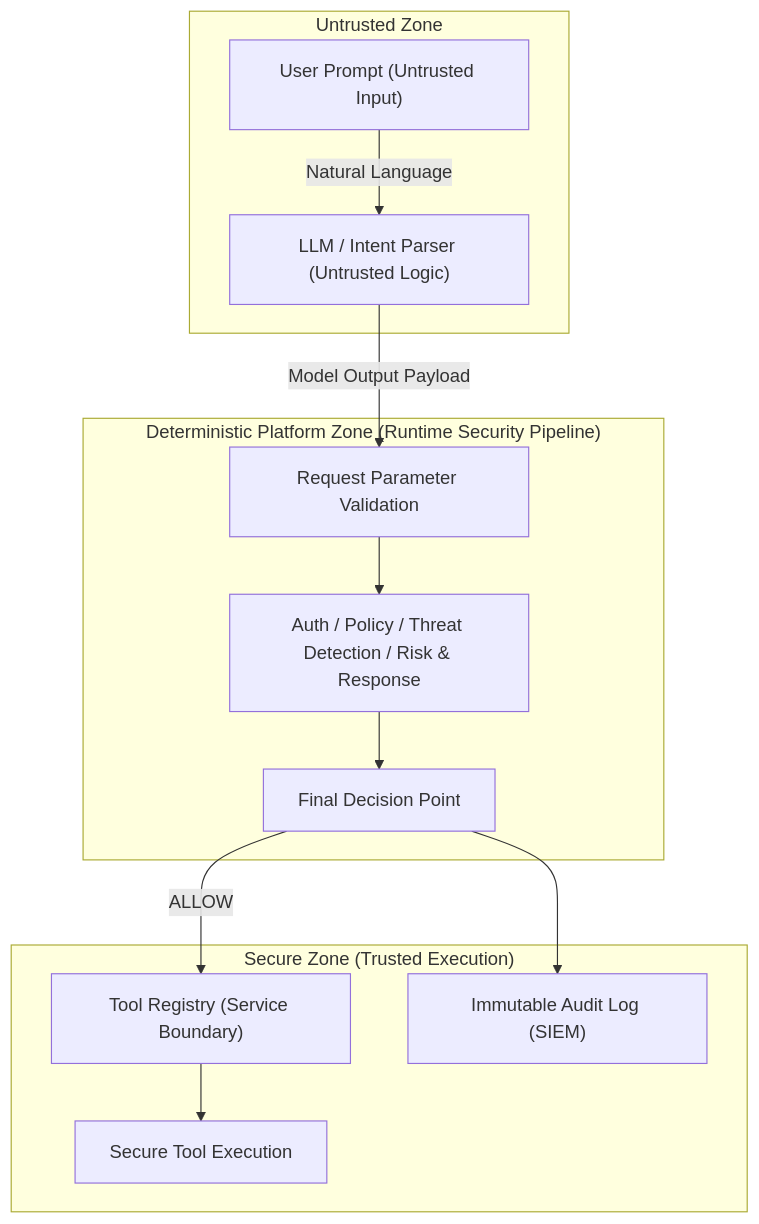
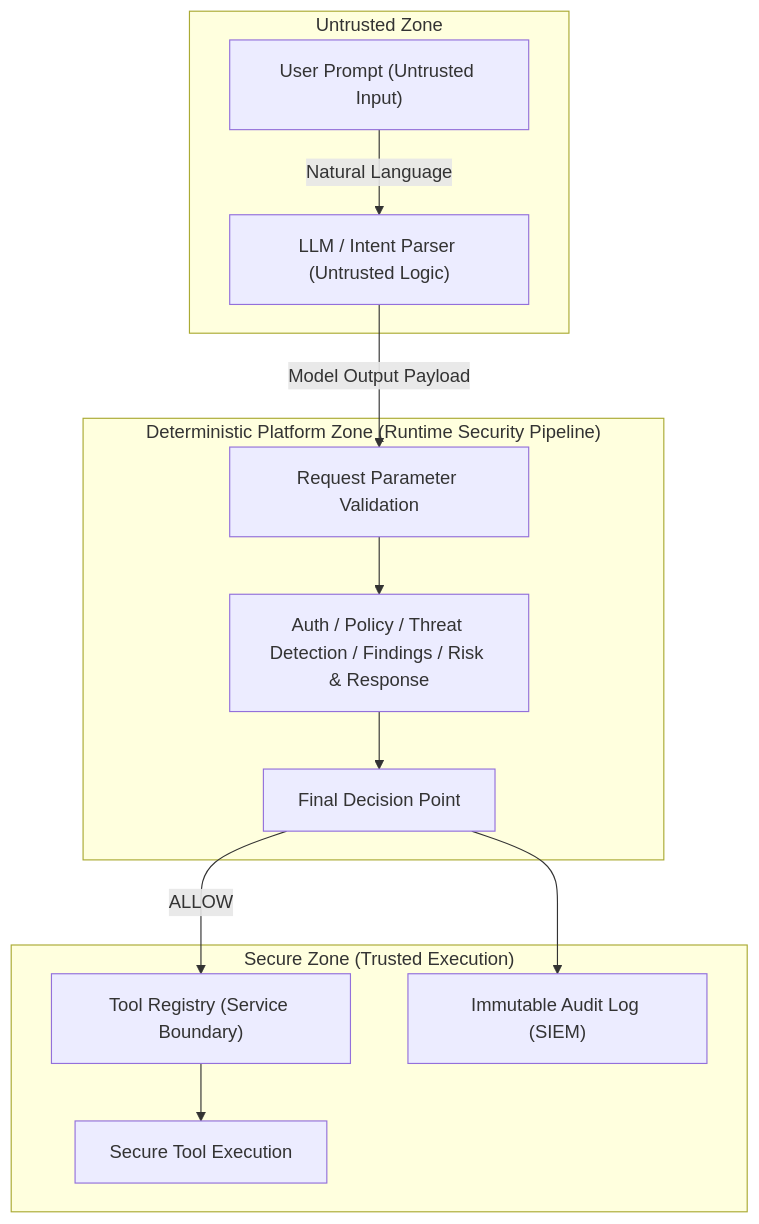
One commit to mathurshubh/enterprise-agent-security-platform changed the first of 3 diagrams in docs/architecture/system-architecture.md. Above: the diagram before and after it, drawn with Mermaid. The commit also changed other lines of this file and 6 other files, not shown here.

Commit message:
docs: synchronize platform documentation and roadmap (#87)

````diff
--- a/docs/architecture/system-architecture.md
+++ b/docs/architecture/system-architecture.md
@@ -34,27 +36,27 @@
 ```mermaid
 flowchart TD
     subgraph UntrustedZone ["Untrusted Zone"]
         Prompt["User Prompt (Untrusted Input)"]
         LLM["LLM / Intent Parser (Untrusted Logic)"]
     end
 
     subgraph DeterministicPlatform ["Deterministic Platform Zone (Runtime Security Pipeline)"]
         Validation["Request Parameter Validation"]
-        Pipeline["Auth / Policy / Threat Detection / Risk & Response"]
+        Pipeline["Auth / Policy / Threat Detection / Findings / Risk & Response"]
         FinalDecision["Final Decision Point"]
     end
 
     subgraph SecureExecutionZone ["Secure Zone (Trusted Execution)"]
         Registry["Tool Registry (Service Boundary)"]
         Execution["Secure Tool Execution"]
         Audit["Immutable Audit Log (SIEM)"]
     end
 
     Prompt -->|Natural Language| LLM
     LLM -->|Model Output Payload| Validation
     Validation --> Pipeline
     Pipeline --> FinalDecision
     FinalDecision -->|ALLOW| Registry
     Registry --> Execution
     FinalDecision --> Audit
 ```
````
